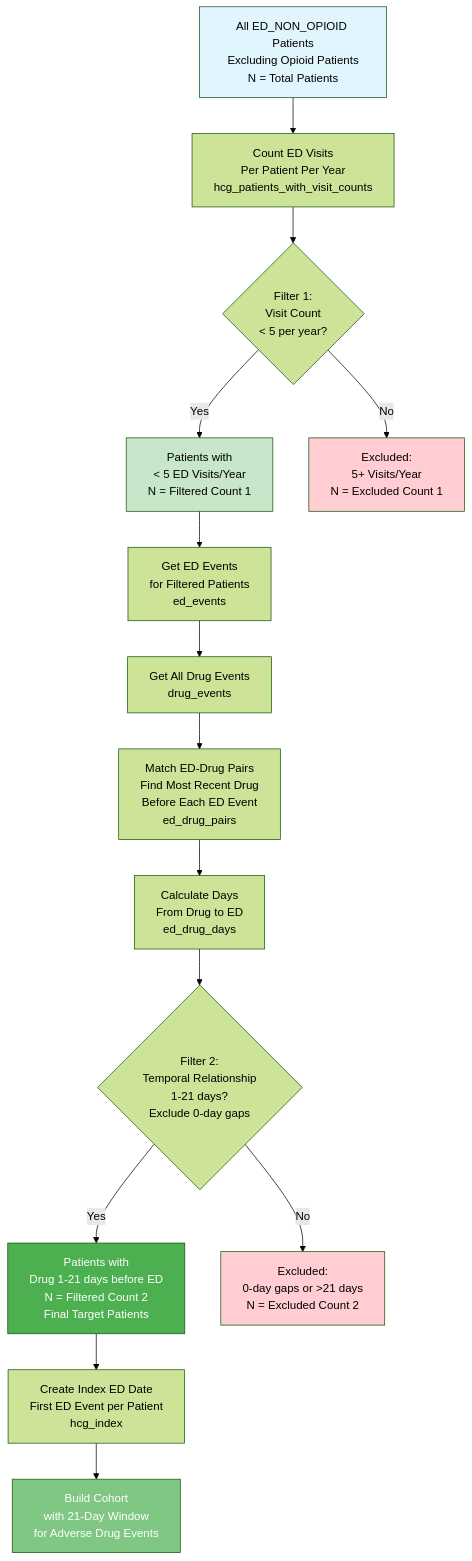
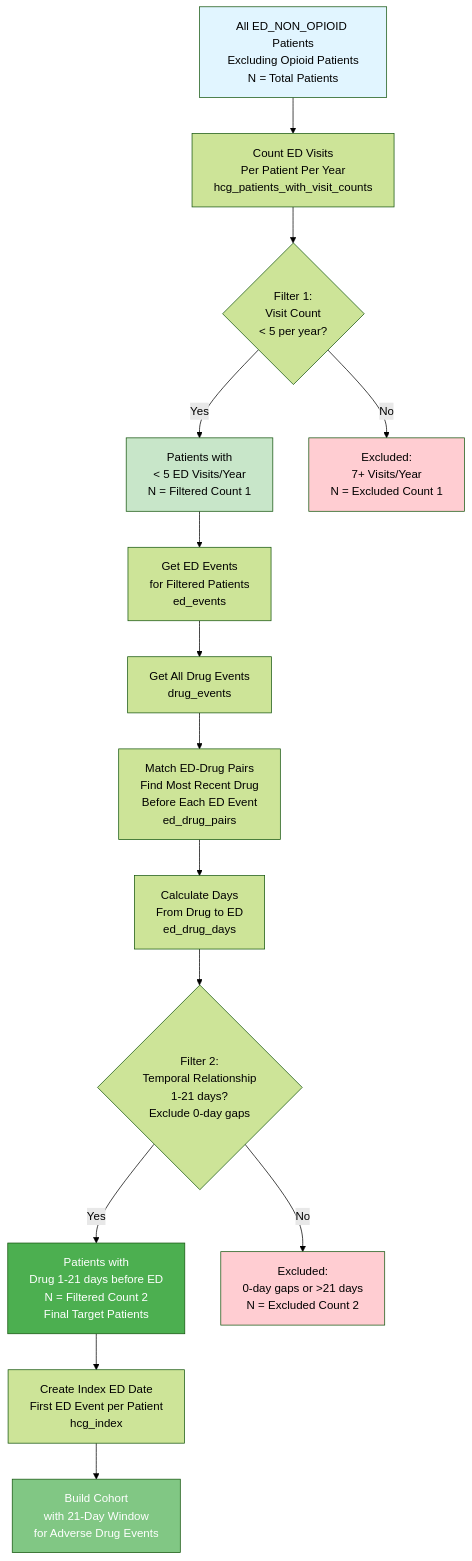
The diagram in 2_create_cohort/README.md (Jerome3590/pgx-analysis), drawn with Mermaid (forest theme) before and after one commit. The commit also changed other lines of this file and 9 other files, not shown here.

````diff
--- a/2_create_cohort/README.md
+++ b/2_create_cohort/README.md
@@ -215,23 +215,23 @@
 ```mermaid
 flowchart TD
     A[All ED_NON_OPIOID Patients<br/>Excluding Opioid Patients<br/>N = Total Patients] --> B[Count ED Visits<br/>Per Patient Per Year<br/>hcg_patients_with_visit_counts]
     B --> C{Filter 1:<br/>Visit Count<br/>< 5 per year?}
     C -->|Yes| D[Patients with<br/>< 5 ED Visits/Year<br/>N = Filtered Count 1]
-    C -->|No| E[Excluded:<br/>5+ Visits/Year<br/>N = Excluded Count 1]
+    C -->|No| E[Excluded:<br/>7+ Visits/Year<br/>N = Excluded Count 1]
     D --> F[Get ED Events<br/>for Filtered Patients<br/>ed_events]
     F --> G[Get All Drug Events<br/>drug_events]
     G --> H[Match ED-Drug Pairs<br/>Find Most Recent Drug<br/>Before Each ED Event<br/>ed_drug_pairs]
     H --> I[Calculate Days<br/>From Drug to ED<br/>ed_drug_days]
     I --> J{Filter 2:<br/>Temporal Relationship<br/>1-21 days?<br/>Exclude 0-day gaps}
     J -->|Yes| K[Patients with<br/>Drug 1-21 days before ED<br/>N = Filtered Count 2<br/>Final Target Patients]
     J -->|No| L[Excluded:<br/>0-day gaps or >21 days<br/>N = Excluded Count 2]
     K --> M[Create Index ED Date<br/>First ED Event per Patient<br/>hcg_index]
     M --> N[Build Cohort<br/>with 21-Day Window<br/>for Adverse Drug Events]
 
     style A fill:#e1f5ff
     style D fill:#c8e6c9
     style K fill:#4caf50,color:#fff
     style E fill:#ffcdd2
     style L fill:#ffcdd2
     style N fill:#81c784,color:#fff
 ```
````
